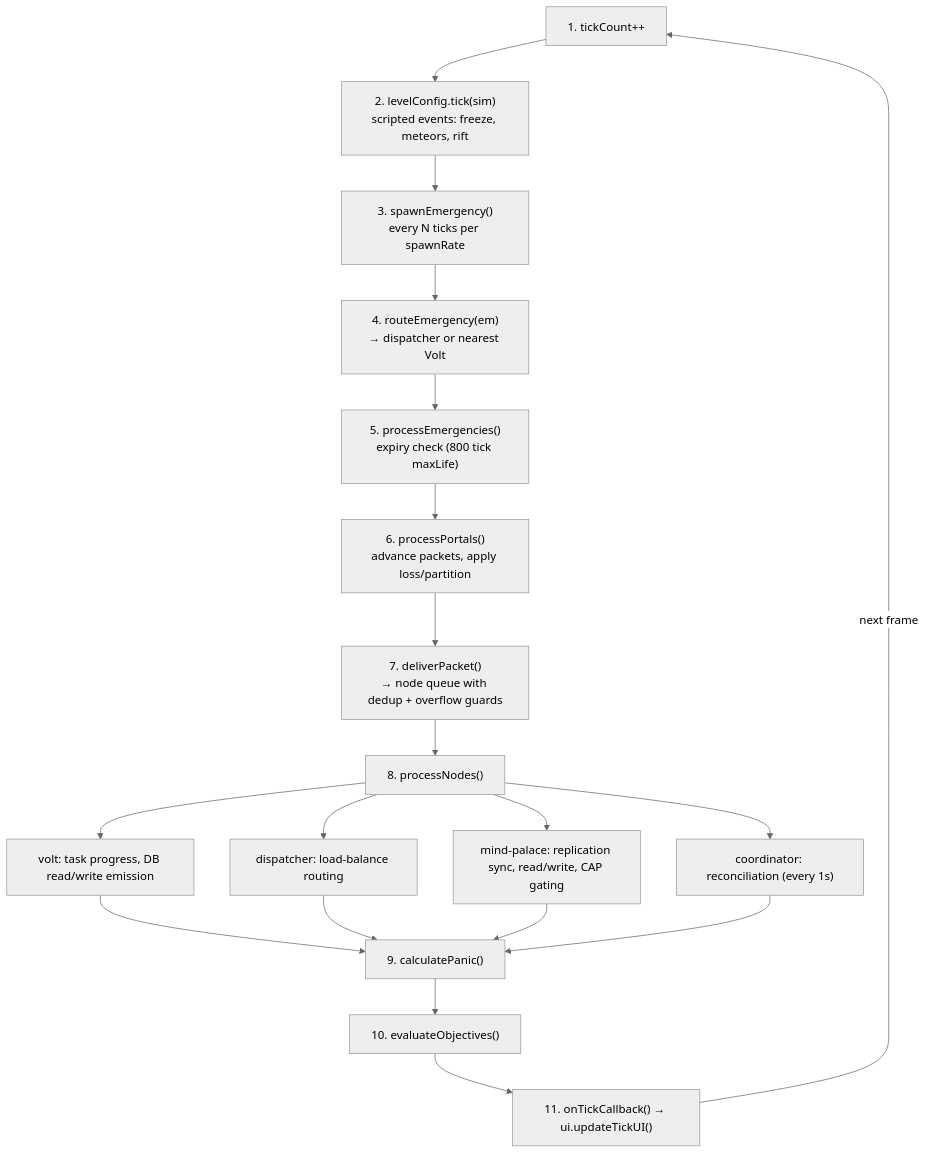
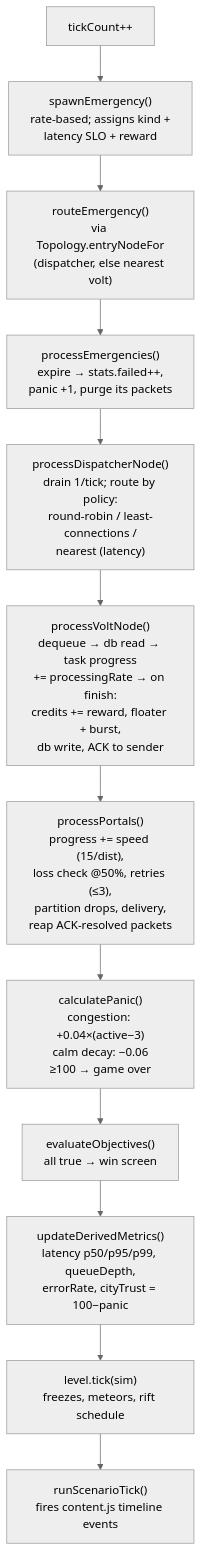
Before and after one commit to bmvanwyk/Architect: the third of 8 diagrams in docs/architecture.md, drawn with Mermaid (neutral theme). The commit also changed other lines of this file, not shown here.

Commit message:
docs: architecture.md — module map, tick pipeline, packet state machine, mechanics reference, modification recipes (Mermaid)

````diff
--- a/docs/architecture.md
+++ b/docs/architecture.md
@@ -94,21 +109,14 @@
 ```mermaid
 flowchart TD
-    T1["1. tickCount++"] --> T2["2. levelConfig.tick(sim)<br/>scripted events: freeze, meteors, rift"]
-    T2 --> T3["3. spawnEmergency()<br/>every N ticks per spawnRate"]
-    T3 --> T4["4. routeEmergency(em)<br/>→ dispatcher or nearest Volt"]
-    T4 --> T5["5. processEmergencies()<br/>expiry check (800 tick maxLife)"]
-    T5 --> T6["6. processPortals()<br/>advance packets, apply loss/partition"]
-    T6 --> T7["7. deliverPacket()<br/>→ node queue with dedup + overflow guards"]
-    T7 --> T8["8. processNodes()"]
-    T8 --> T8V["volt: task progress, DB read/write emission"]
-    T8 --> T8D["dispatcher: load-balance routing"]
-    T8 --> T8M["mind-palace: replication sync, read/write, CAP gating"]
-    T8 --> T8C["coordinator: reconciliation (every 1s)"]
-    T8V --> T9["9. calculatePanic()"]
-    T8D --> T9
-    T8M --> T9
-    T8C --> T9
-    T9 --> T10["10. evaluateObjectives()"]
-    T10 --> T11["11. onTickCallback() → ui.updateTickUI()"]
-    T11 -->|next frame| T1
+    T[tickCount++] --> SPAWN["spawnEmergency()<br/>rate-based; assigns kind +<br/>latency SLO + reward"]
+    SPAWN --> ROUTE["routeEmergency()<br/>via Topology.entryNodeFor<br/>(dispatcher, else nearest volt)"]
+    ROUTE --> EMRG["processEmergencies()<br/>expire → stats.failed++,<br/>panic +1, purge its packets"]
+    EMRG --> DISP["processDispatcherNode()<br/>drain 1/tick; route by policy:<br/>round-robin / least-connections /<br/>nearest (latency)"]
+    DISP --> VOLT["processVoltNode()<br/>dequeue → db read → task progress<br/>+= processingRate → on finish:<br/>credits += reward, floater + burst,<br/>db write, ACK to sender"]
+    VOLT --> PORT["processPortals()<br/>progress += speed (15/dist),<br/>loss check @50%, retries (≤3),<br/>partition drops, delivery,<br/>reap ACK-resolved packets"]
+    PORT --> PANIC["calculatePanic()<br/>congestion: +0.04×(active−3)<br/>calm decay: −0.06<br/>≥100 → game over"]
+    PANIC --> OBJ["evaluateObjectives()<br/>all true → win screen"]
+    OBJ --> METRICS["updateDerivedMetrics()<br/>latency p50/p95/p99, queueDepth,<br/>errorRate, cityTrust = 100−panic"]
+    METRICS --> LEVTICK["level.tick(sim)<br/>freezes, meteors, rift schedule"]
+    LEVTICK --> SCEN["runScenarioTick()<br/>fires content.js timeline events"]
 ```
````
